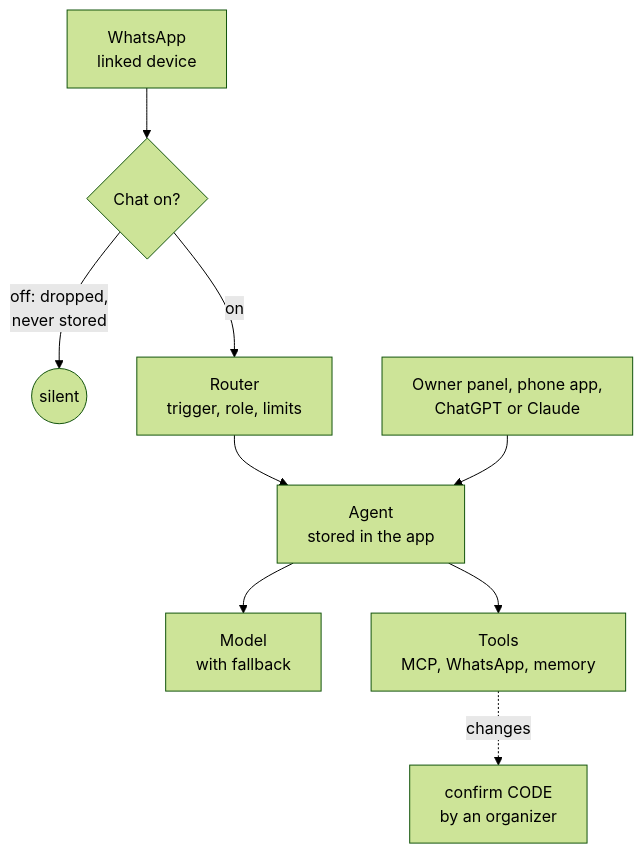
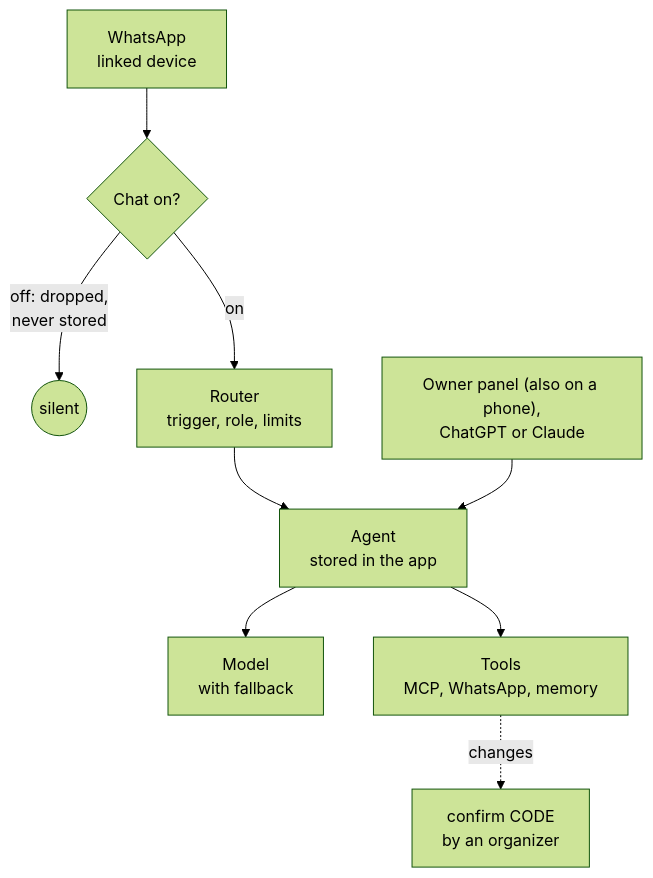
One commit to vikramgorla/duniya changed the diagram in docs/diagrams/overview.mmd. Above: the diagram before and after it, drawn with Mermaid (forest theme). The commit also changed 111 other files, not shown here.

First line of the commit message:
Remove the mobile app; the panel installs on the phone (v2.22.0) (#124)

```diff
--- a/docs/diagrams/overview.mmd
+++ b/docs/diagrams/overview.mmd
@@ -1,9 +1,9 @@
 flowchart TD
   WA["WhatsApp<br/>linked device"] --> AL{"Chat on?"}
   AL -- "off: dropped,<br/>never stored" --> X(("silent"))
   AL -- "on" --> R["Router<br/>trigger, role, limits"]
   R --> AG["Agent<br/>stored in the app"]
   AG --> M["Model<br/>with fallback"]
   AG --> T["Tools<br/>MCP, WhatsApp, memory"]
   T -. "changes" .-> C["confirm CODE<br/>by an organizer"]
-  P["Owner panel, phone app,<br/>ChatGPT or Claude"] --> AG
+  P["Owner panel (also on a phone),<br/>ChatGPT or Claude"] --> AG
```
